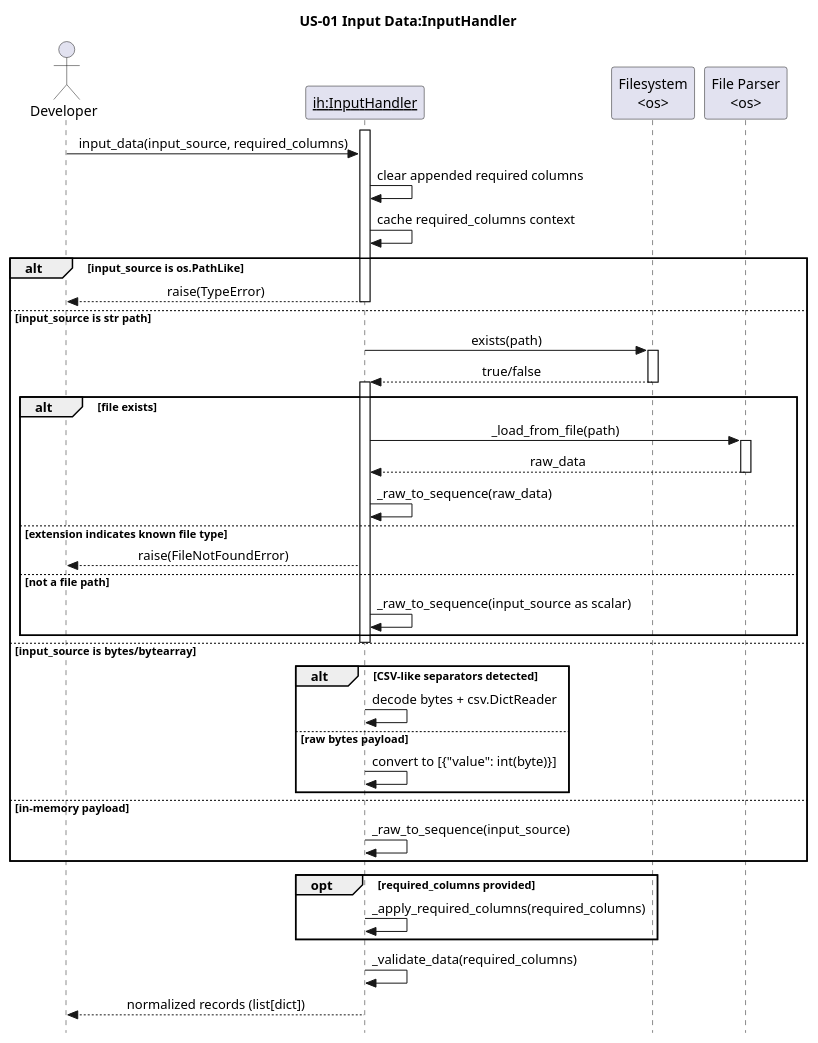
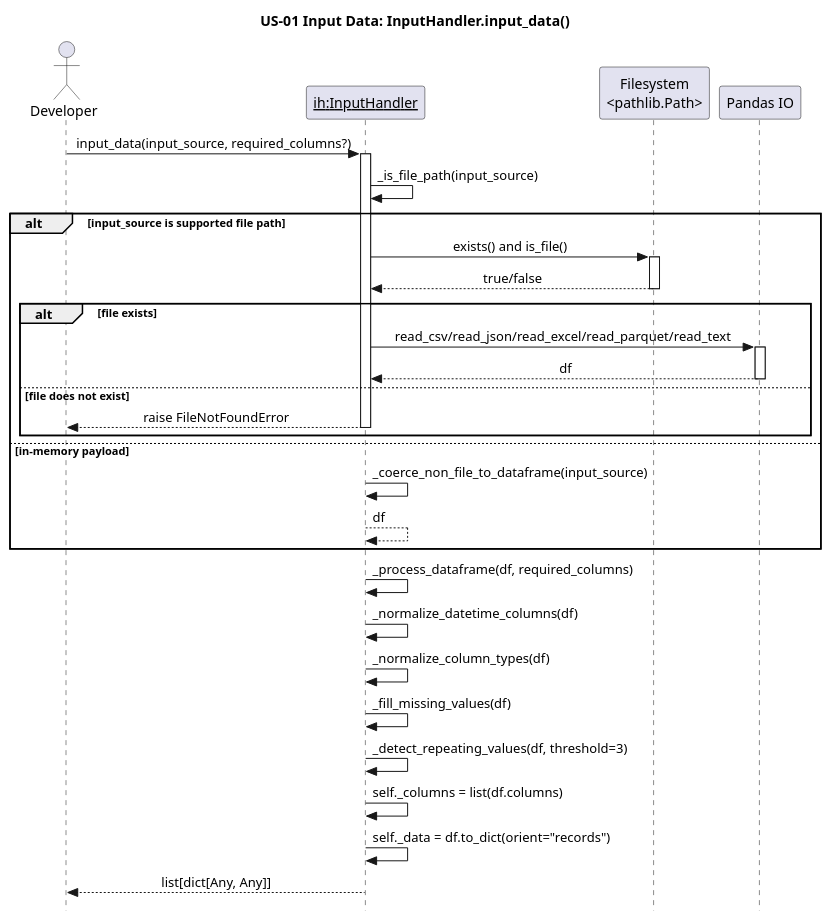
Before and after one commit to egrembocki/htmrl: the diagram in docs/puml/US/us-01.puml, drawn with PlantUML. The commit also changed 4 other files, not shown here.

Commit message:
Update US sequence diagrams for current InputHandler flow

```diff
--- a/docs/puml/US/us-01.puml
+++ b/docs/puml/US/us-01.puml
@@ -1,56 +1,45 @@
 @startuml
 skinparam style strictuml
 skinparam sequenceMessageAlign center
 skinparam responseMessageBelowArrow true
-title US-01 Input Data:InputHandler
+title US-01 Input Data: InputHandler.input_data()
 
 actor Developer
 participant "<u>ih:InputHandler</u>" as IH
-participant "Filesystem\n<os>" as FS
-participant "File Parser\n<os>" as Parser
+participant "Filesystem\n<pathlib.Path>" as FS
+participant "Pandas IO" as PD
 
+Developer -> IH: input_data(input_source, required_columns?)
 activate IH
-Developer -> IH: input_data(input_source, required_columns)
-IH -> IH: clear appended required columns
-IH -> IH: cache required_columns context
-alt input_source is os.PathLike
-  IH --> Developer: raise(TypeError)
-deactivate IH
-else input_source is str path
-  IH -> FS: exists(path)
+IH -> IH: _is_file_path(input_source)
+
+alt input_source is supported file path
+  IH -> FS: exists() and is_file()
   activate FS
   FS --> IH: true/false
   deactivate FS
-activate IH 
+
   alt file exists
-    IH -> Parser: _load_from_file(path)
-    activate Parser
-    Parser --> IH: raw_data
-    deactivate Parser
-    IH -> IH: _raw_to_sequence(raw_data)
-  else extension indicates known file type
-    IH --> Developer: raise(FileNotFoundError)
-    
-  else not a file path
-    IH -> IH: _raw_to_sequence(input_source as scalar)
-  end
-deactivate IH
-  
-else input_source is bytes/bytearray
-  alt CSV-like separators detected
-    IH -> IH: decode bytes + csv.DictReader
-  else raw bytes payload
-    IH -> IH: convert to [{"value": int(byte)}]
+    IH -> PD: read_csv/read_json/read_excel/read_parquet/read_text
+    activate PD
+    PD --> IH: df
+    deactivate PD
+  else file does not exist
+    IH --> Developer: raise FileNotFoundError
+    deactivate IH
   end
 else in-memory payload
-  IH -> IH: _raw_to_sequence(input_source)
+  IH -> IH: _coerce_non_file_to_dataframe(input_source)
+  IH --> IH: df
 end
 
-activate IH
-opt required_columns provided
-  IH -> IH: _apply_required_columns(required_columns)
-end
-IH -> IH: _validate_data(required_columns)
-IH --> Developer: normalized records (list[dict])
+IH -> IH: _process_dataframe(df, required_columns)
+IH -> IH: _normalize_datetime_columns(df)
+IH -> IH: _normalize_column_types(df)
+IH -> IH: _fill_missing_values(df)
+IH -> IH: _detect_repeating_values(df, threshold=3)
+IH -> IH: self._columns = list(df.columns)
+IH -> IH: self._data = df.to_dict(orient="records")
+IH --> Developer: list[dict[Any, Any]]
 deactivate IH
 @enduml
```
